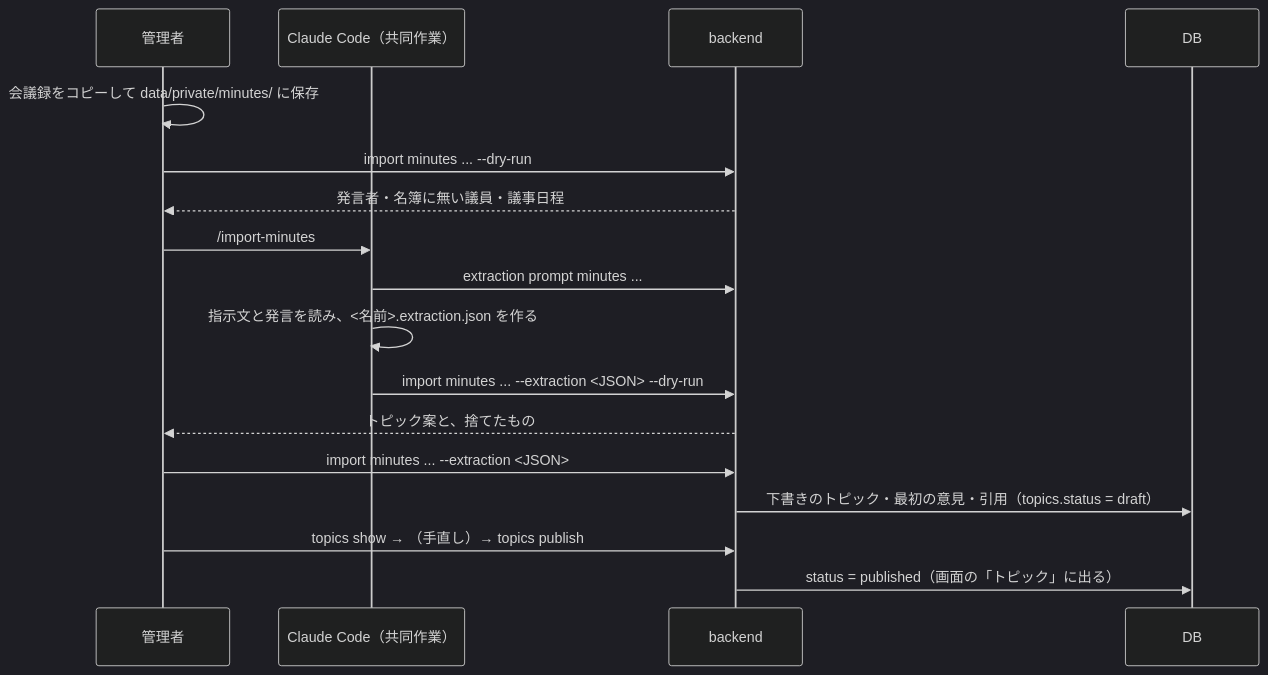
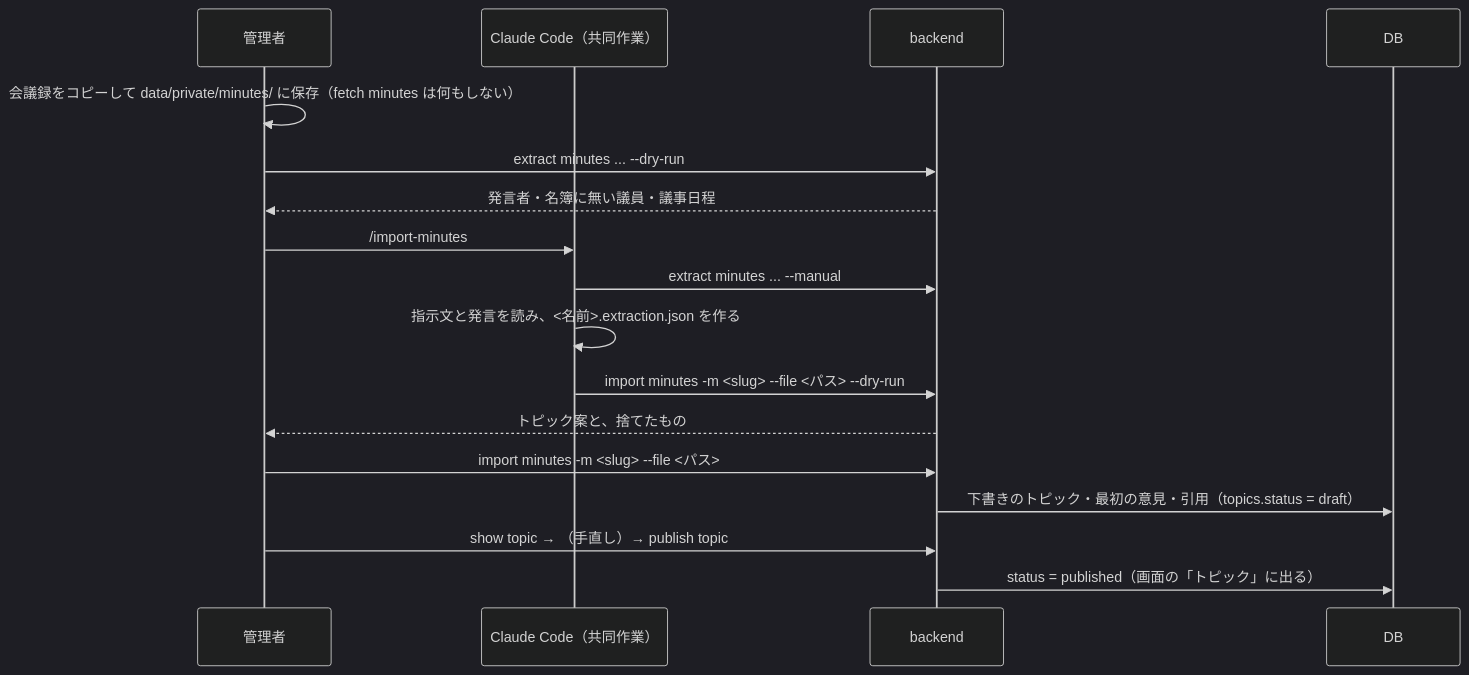
The fourth of 5 diagrams in docs/data-flow.md (soman-ungan/civic-platform), drawn with Mermaid (dark theme) before and after one commit. The commit also changed other lines of this file and 8 other files, not shown here.

````diff
--- a/docs/data-flow.md
+++ b/docs/data-flow.md
@@ -131,19 +145,19 @@
 ```mermaid
 sequenceDiagram
     participant 管理者
     participant CC as Claude Code（共同作業）
     participant CLI as backend
     participant DB
-    管理者->>管理者: 会議録をコピーして data/private/minutes/ に保存
-    管理者->>CLI: import minutes ... --dry-run
+    管理者->>管理者: 会議録をコピーして data/private/minutes/ に保存（fetch minutes は何もしない）
+    管理者->>CLI: extract minutes ... --dry-run
     CLI-->>管理者: 発言者・名簿に無い議員・議事日程
     管理者->>CC: /import-minutes
-    CC->>CLI: extraction prompt minutes ...
+    CC->>CLI: extract minutes ... --manual
     CC->>CC: 指示文と発言を読み、<名前>.extraction.json を作る
-    CC->>CLI: import minutes ... --extraction <JSON> --dry-run
+    CC->>CLI: import minutes -m <slug> --file <パス> --dry-run
     CLI-->>管理者: トピック案と、捨てたもの
-    管理者->>CLI: import minutes ... --extraction <JSON>
+    管理者->>CLI: import minutes -m <slug> --file <パス>
     CLI->>DB: 下書きのトピック・最初の意見・引用（topics.status = draft）
-    管理者->>CLI: topics show → （手直し）→ topics publish
+    管理者->>CLI: show topic → （手直し）→ publish topic
     CLI->>DB: status = published（画面の「トピック」に出る）
 ```
````
